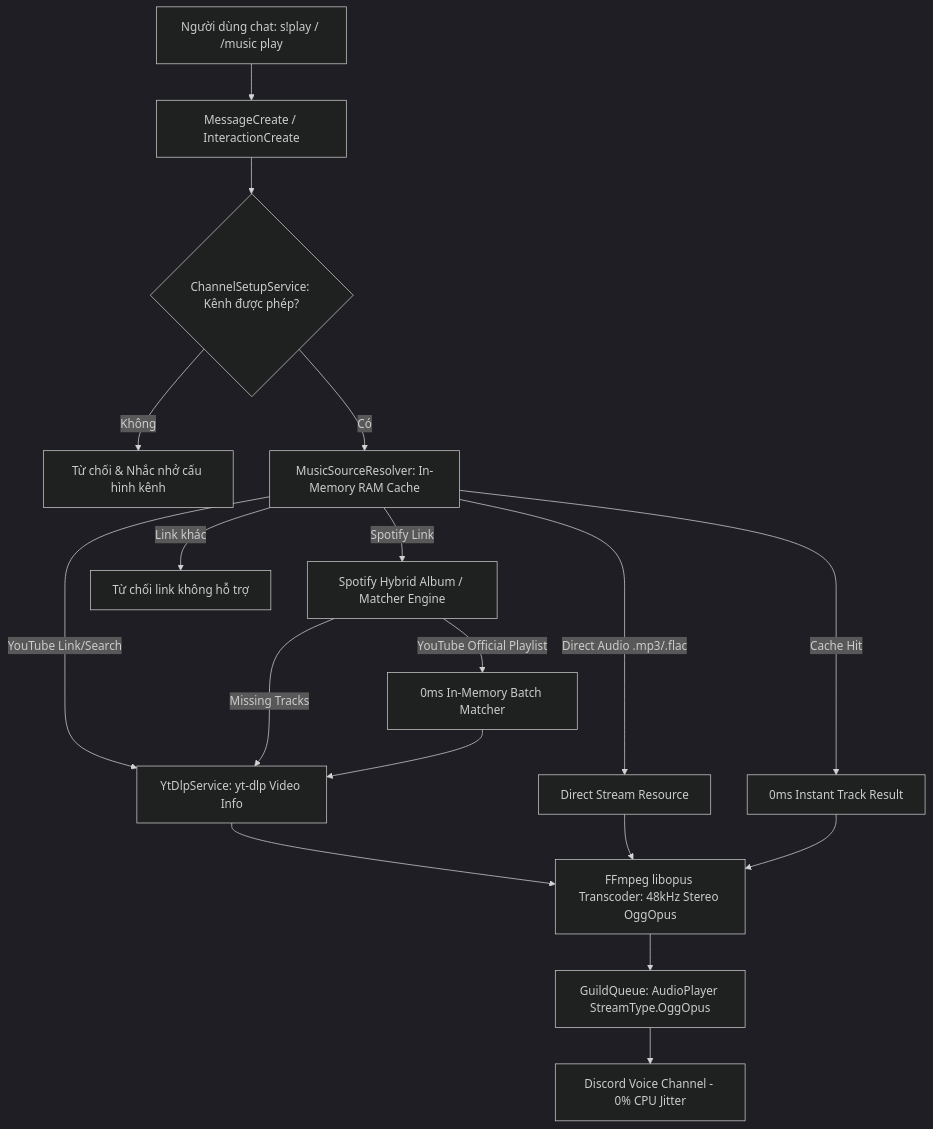
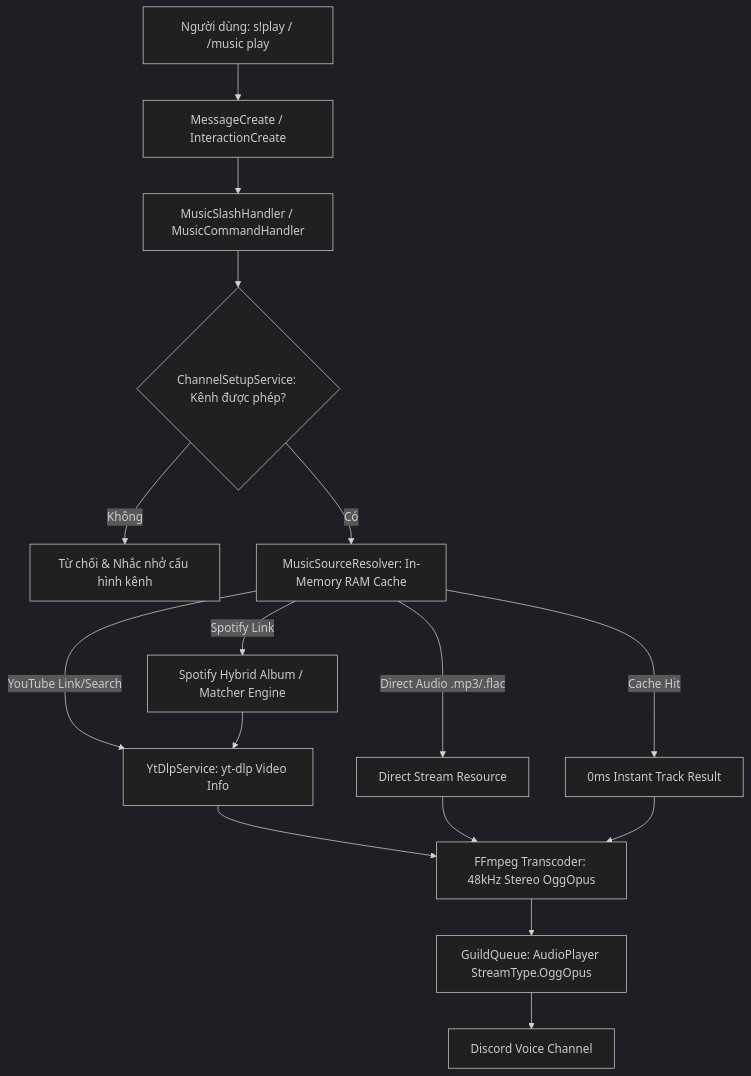
The diagram in docs/ARCHITECTURE.md (hoangbmt023/hoangnek_bot_discord), drawn with Mermaid (dark theme) before and after one commit. The commit also changed other lines of this file and 91 other files, not shown here.

````diff
--- a/docs/ARCHITECTURE.md
+++ b/docs/ARCHITECTURE.md
@@ -81,23 +159,21 @@
 ```mermaid
 flowchart TD
-    User[Người dùng chat: s!play / /music play] --> MC[MessageCreate / InteractionCreate]
-    MC --> CSS{ChannelSetupService: Kênh được phép?}
+    User[Người dùng: s!play / /music play] --> Router[MessageCreate / InteractionCreate]
+    Router --> SlashOrPrefix[MusicSlashHandler / MusicCommandHandler]
+    SlashOrPrefix --> CSS{ChannelSetupService: Kênh được phép?}
     CSS -->|Không| Reject[Từ chối & Nhắc nhở cấu hình kênh]
     CSS -->|Có| MSR[MusicSourceResolver: In-Memory RAM Cache]
     
     MSR -->|Cache Hit| Fast[0ms Instant Track Result]
     MSR -->|YouTube Link/Search| YTDL[YtDlpService: yt-dlp Video Info]
     MSR -->|Spotify Link| SP[Spotify Hybrid Album / Matcher Engine]
-    SP -->|YouTube Official Playlist| PL[0ms In-Memory Batch Matcher]
-    SP -->|Missing Tracks| YTDL
-    PL --> YTDL
+    SP --> YTDL
     MSR -->|Direct Audio .mp3/.flac| DIR[Direct Stream Resource]
-    MSR -->|Link khác| Invalid[Từ chối link không hỗ trợ]
     
-    YTDL --> FFmpeg[FFmpeg libopus Transcoder: 48kHz Stereo OggOpus]
+    YTDL --> FFmpeg[FFmpeg Transcoder: 48kHz Stereo OggOpus]
     DIR --> FFmpeg
     Fast --> FFmpeg
     
     FFmpeg --> GQ[GuildQueue: AudioPlayer StreamType.OggOpus]
-    GQ --> Voice[Discord Voice Channel - 0% CPU Jitter]
+    GQ --> Voice[Discord Voice Channel]
 ```
````
